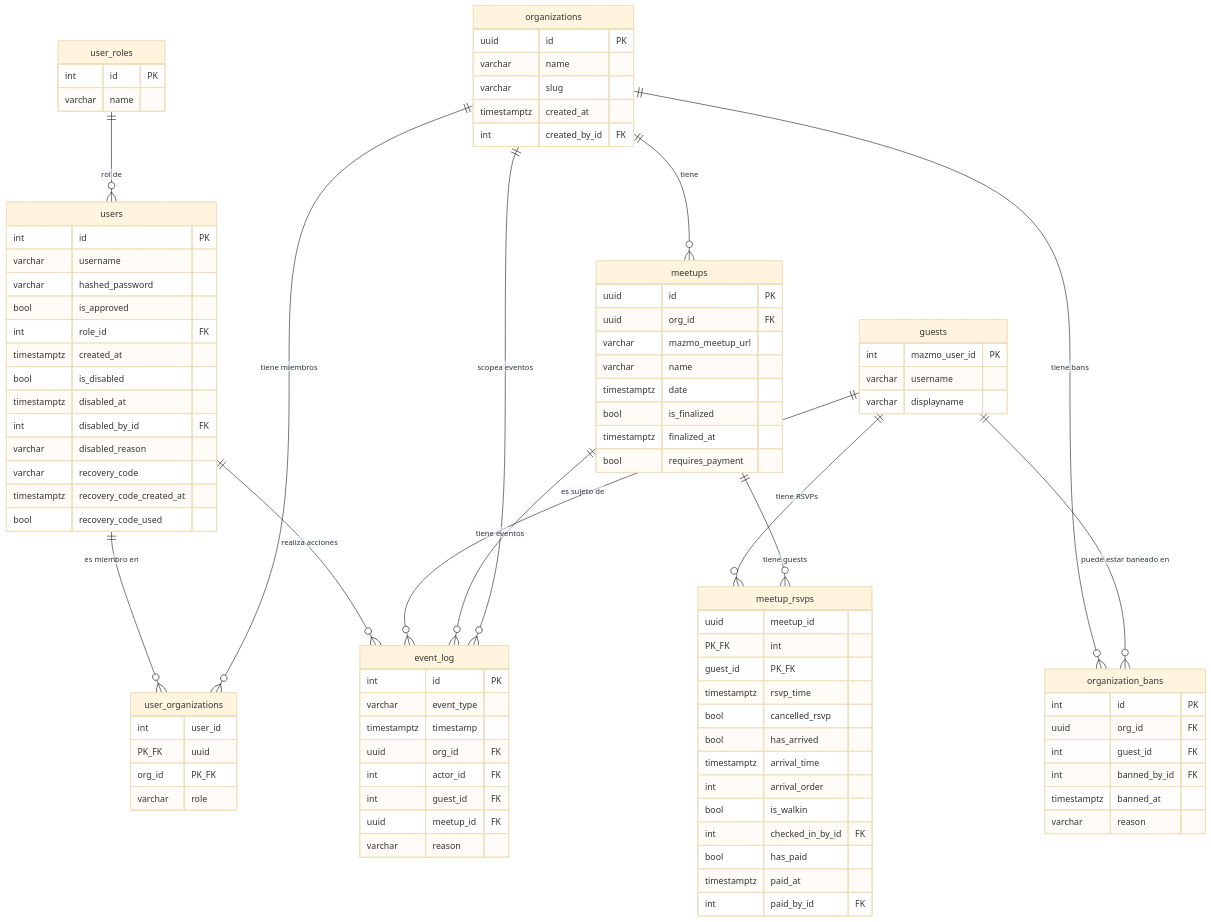
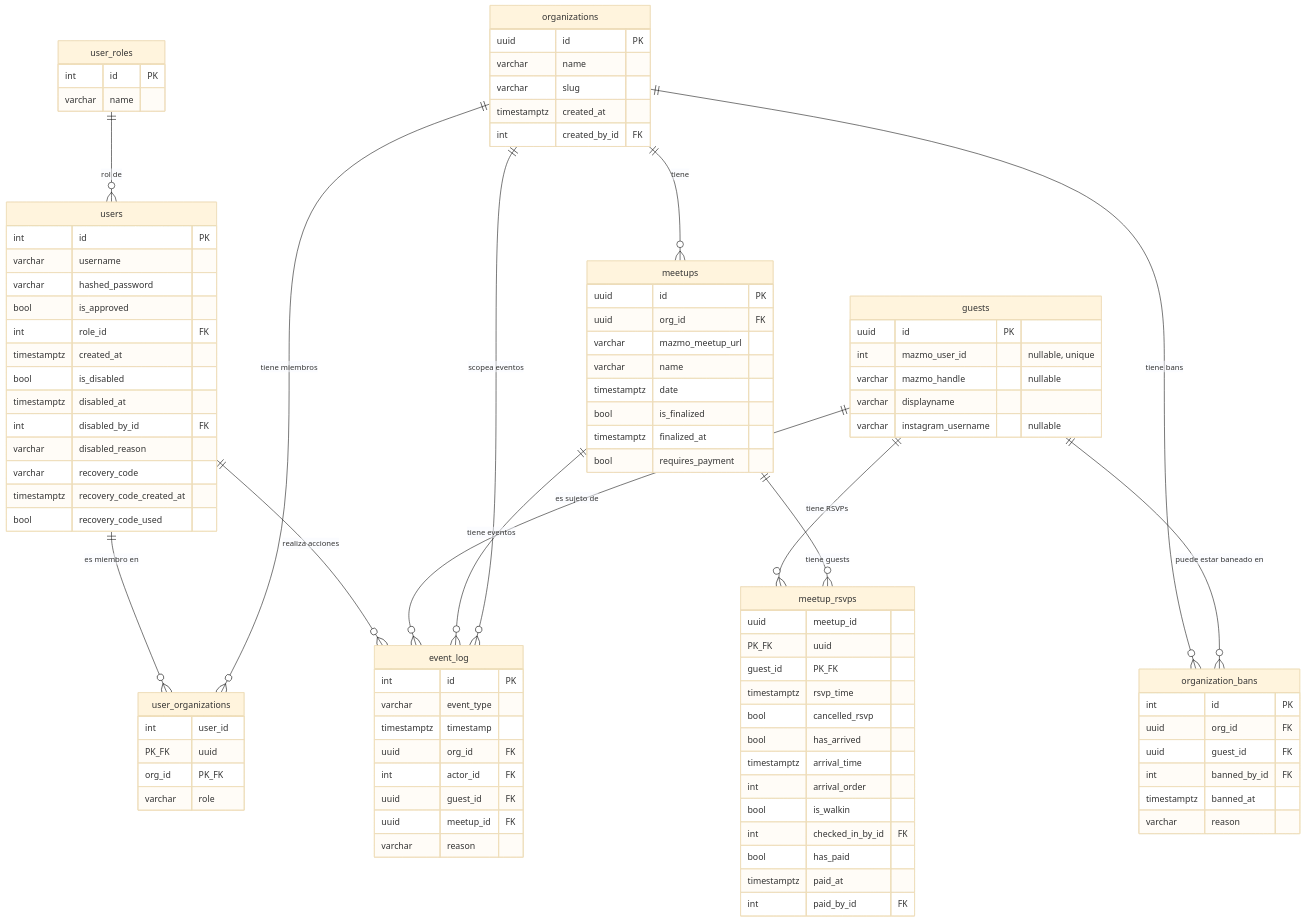
The diagram in docs/technical/database-schema.md (club-vanta/docs), drawn with Mermaid (base theme) before and after one commit. The commit also changed other lines of this file and 1 other file, not shown here.

Commit message:
docs: guests can now exist without a Mazmo account

```diff
--- a/docs/technical/database-schema.md
+++ b/docs/technical/database-schema.md
@@ -38,9 +38,11 @@
         varchar role
     }
     guests {
-        int mazmo_user_id PK
-        varchar username
+        uuid id PK
+        int mazmo_user_id "nullable, unique"
+        varchar mazmo_handle "nullable"
         varchar displayname
+        varchar instagram_username "nullable"
     }
     meetups {
         uuid id PK
@@ -54,7 +56,7 @@
     }
     meetup_rsvps {
         uuid meetup_id PK_FK
-        int guest_id PK_FK
+        uuid guest_id PK_FK
         timestamptz rsvp_time
         bool cancelled_rsvp
         bool has_arrived
@@ -69,7 +71,7 @@
     organization_bans {
         int id PK
         uuid org_id FK
-        int guest_id FK
+        uuid guest_id FK
         int banned_by_id FK
         timestamptz banned_at
         varchar reason
@@ -80,7 +82,7 @@
         timestamptz timestamp
         uuid org_id FK
         int actor_id FK
-        int guest_id FK
+        uuid guest_id FK
         uuid meetup_id FK
         varchar reason
     }
```
